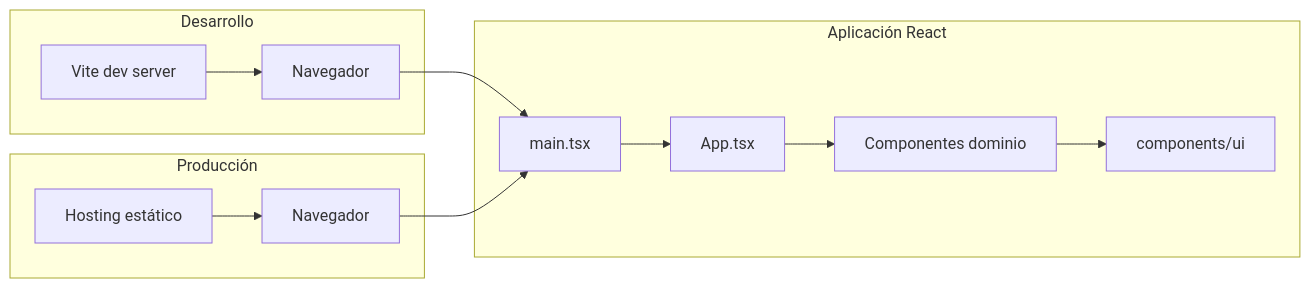
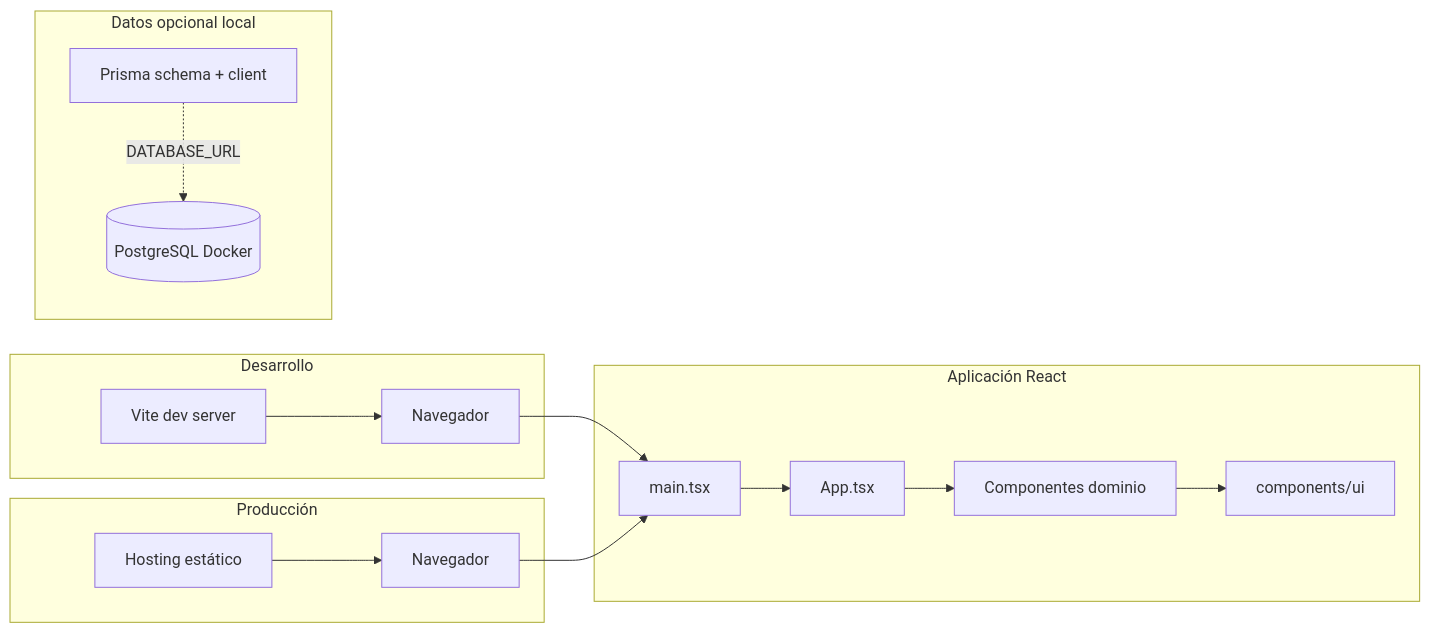
The first of 5 diagrams in docs/infrastructure.md (isaacmvimv/AI4Devs-finalproject-IMV), drawn with Mermaid before and after one commit. The commit also changed other lines of this file and 4 other files, not shown here.

Commit message:
Added Docker and Prisma ORM config.

````diff
--- a/docs/infrastructure.md
+++ b/docs/infrastructure.md
@@ -82,27 +90,33 @@
 ```mermaid
 flowchart LR
   subgraph dev["Desarrollo"]
     Vite[Vite dev server]
     BrowserDev[Navegador]
     Vite --> BrowserDev
   end
 
   subgraph prod["Producción"]
     Static[Hosting estático]
     BrowserProd[Navegador]
     Static --> BrowserProd
   end
 
   subgraph app["Aplicación React"]
     Main[main.tsx]
     App[App.tsx]
     Domain[Componentes dominio]
     UI[components/ui]
     Main --> App
     App --> Domain
     Domain --> UI
   end
 
+  subgraph data["Datos opcional local"]
+    PG[(PostgreSQL Docker)]
+    Prisma[Prisma schema + client]
+    Prisma -.->|DATABASE_URL| PG
+  end
+
   BrowserDev --> Main
   BrowserProd --> Main
 ```
````
